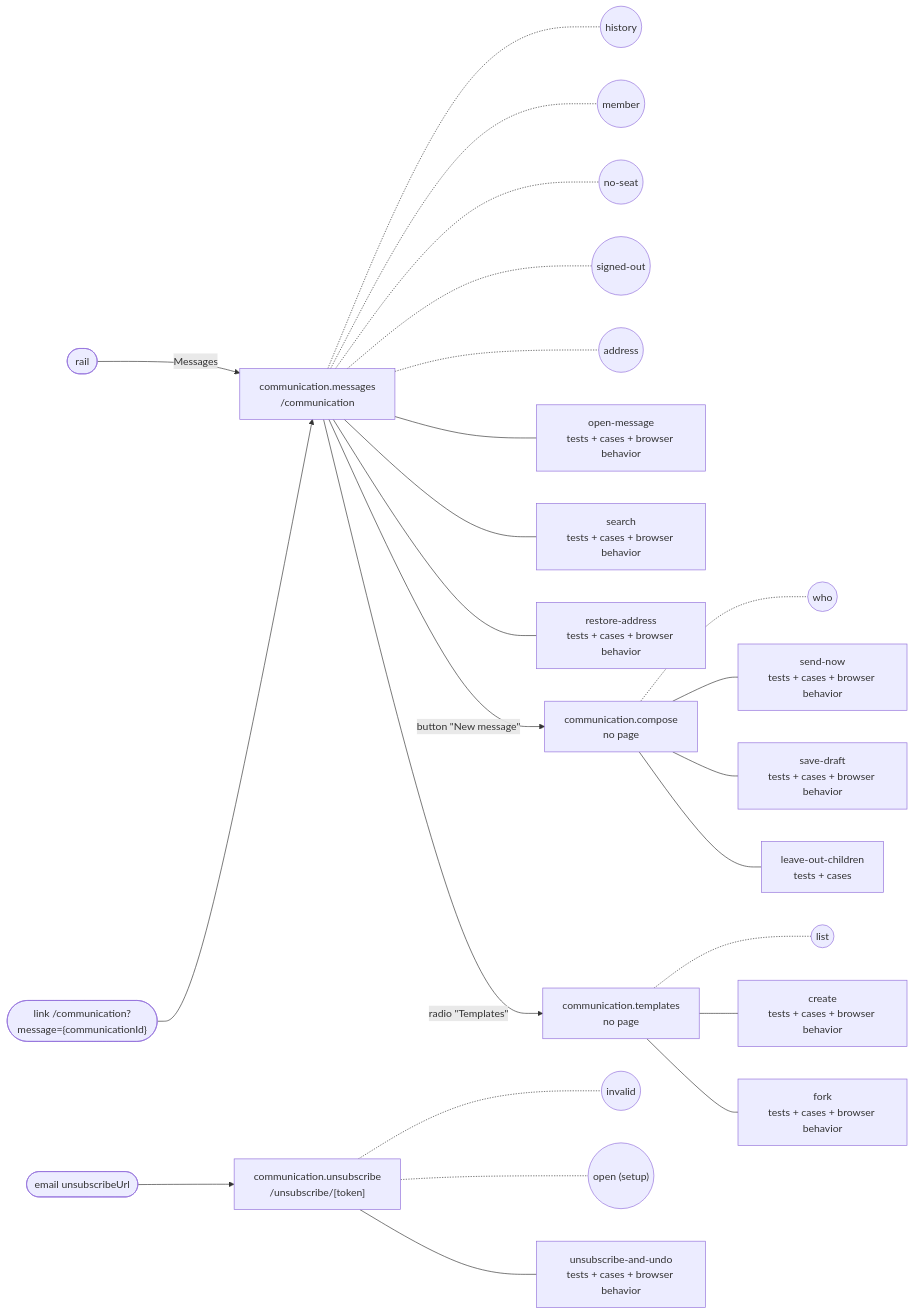
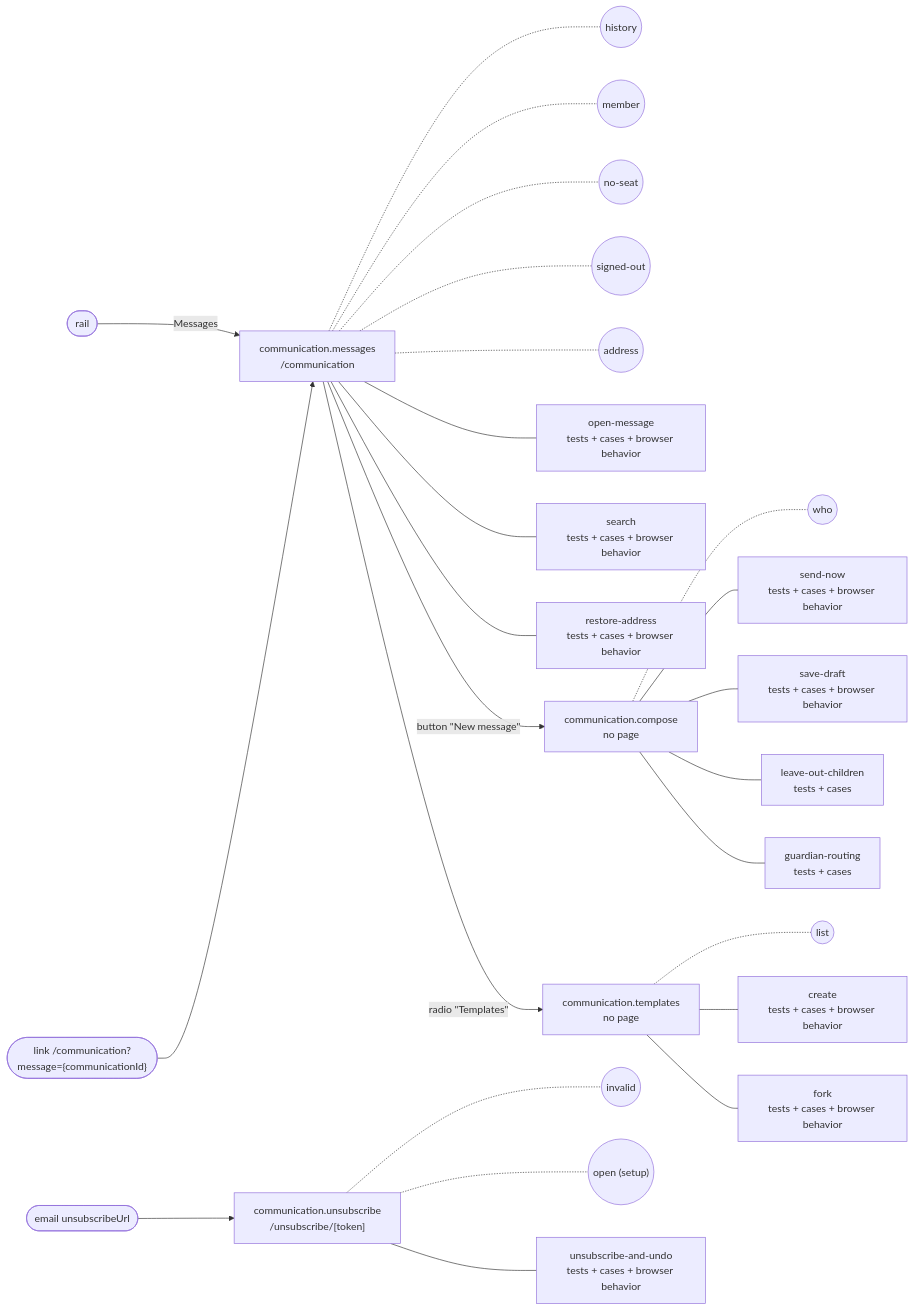
The diagram in docs/feature-maps/communication.md (SebastianGarces/everyfield), drawn with Mermaid before and after one commit. The commit also changed other lines of this file and 67 other files, not shown here.

````diff
--- a/docs/feature-maps/communication.md
+++ b/docs/feature-maps/communication.md
@@ -6,33 +6,34 @@
 ```mermaid
 flowchart LR
   rail(["rail"])
   s0_link1(["link /communication?message={communicationId}"])
   s3_link0(["email unsubscribeUrl"])
   s0["communication.messages<br/>/communication"]
   rail -- "Messages" --> s0
   s0_link1 --> s0
   s0 -.- s0_st0(("history"))
   s0 -.- s0_st1(("member"))
   s0 -.- s0_st2(("no-seat"))
   s0 -.- s0_st3(("signed-out"))
   s0 -.- s0_st4(("address"))
   s0 --- s0_b0["open-message<br/>tests + cases + browser behavior"]
   s0 --- s0_b1["search<br/>tests + cases + browser behavior"]
   s0 --- s0_b2["restore-address<br/>tests + cases + browser behavior"]
   s1["communication.compose<br/>no page"]
   s0 -- "button #quot;New message#quot;" --> s1
   s1 -.- s1_st0(("who"))
   s1 --- s1_b0["send-now<br/>tests + cases + browser behavior"]
   s1 --- s1_b1["save-draft<br/>tests + cases + browser behavior"]
   s1 --- s1_b2["leave-out-children<br/>tests + cases"]
+  s1 --- s1_b3["guardian-routing<br/>tests + cases"]
   s2["communication.templates<br/>no page"]
   s0 -- "radio #quot;Templates#quot;" --> s2
   s2 -.- s2_st0(("list"))
   s2 --- s2_b0["create<br/>tests + cases + browser behavior"]
   s2 --- s2_b1["fork<br/>tests + cases + browser behavior"]
   s3["communication.unsubscribe<br/>/unsubscribe/[token]"]
   s3_link0 --> s3
   s3 -.- s3_st0(("invalid"))
   s3 -.- s3_st1(("open (setup)"))
   s3 --- s3_b0["unsubscribe-and-undo<br/>tests + cases + browser behavior"]
 ```
````
